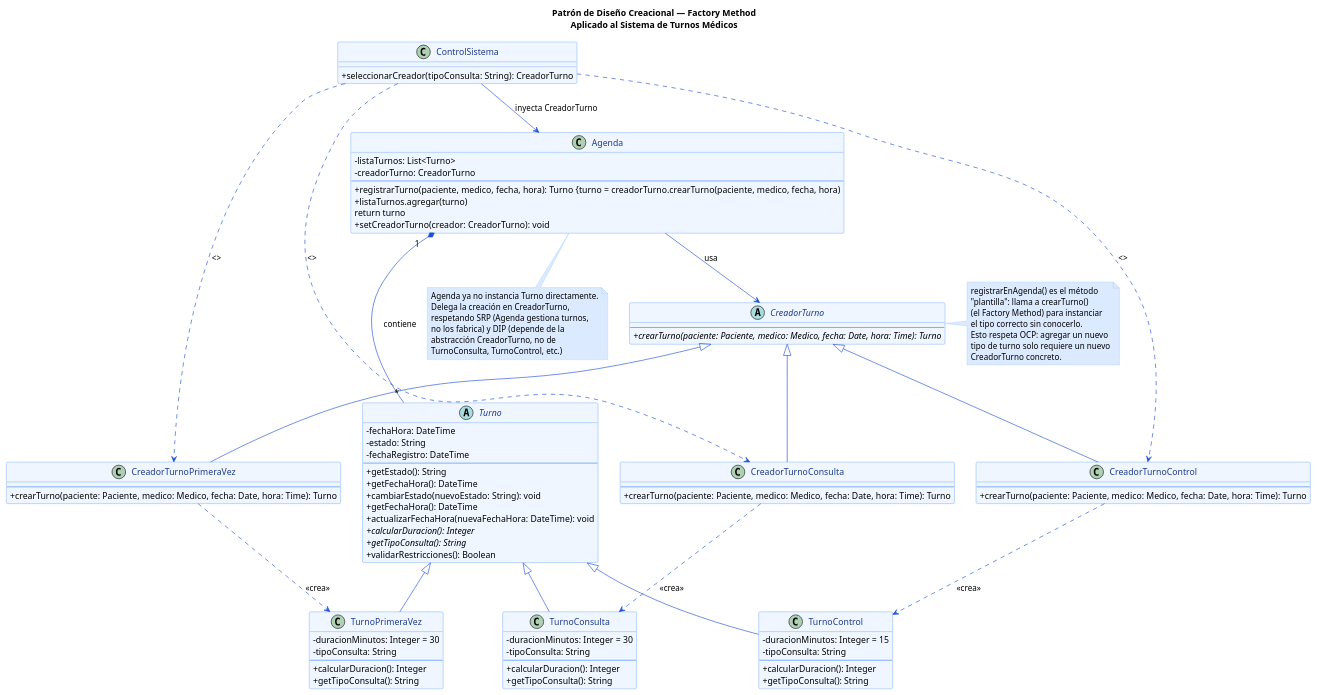
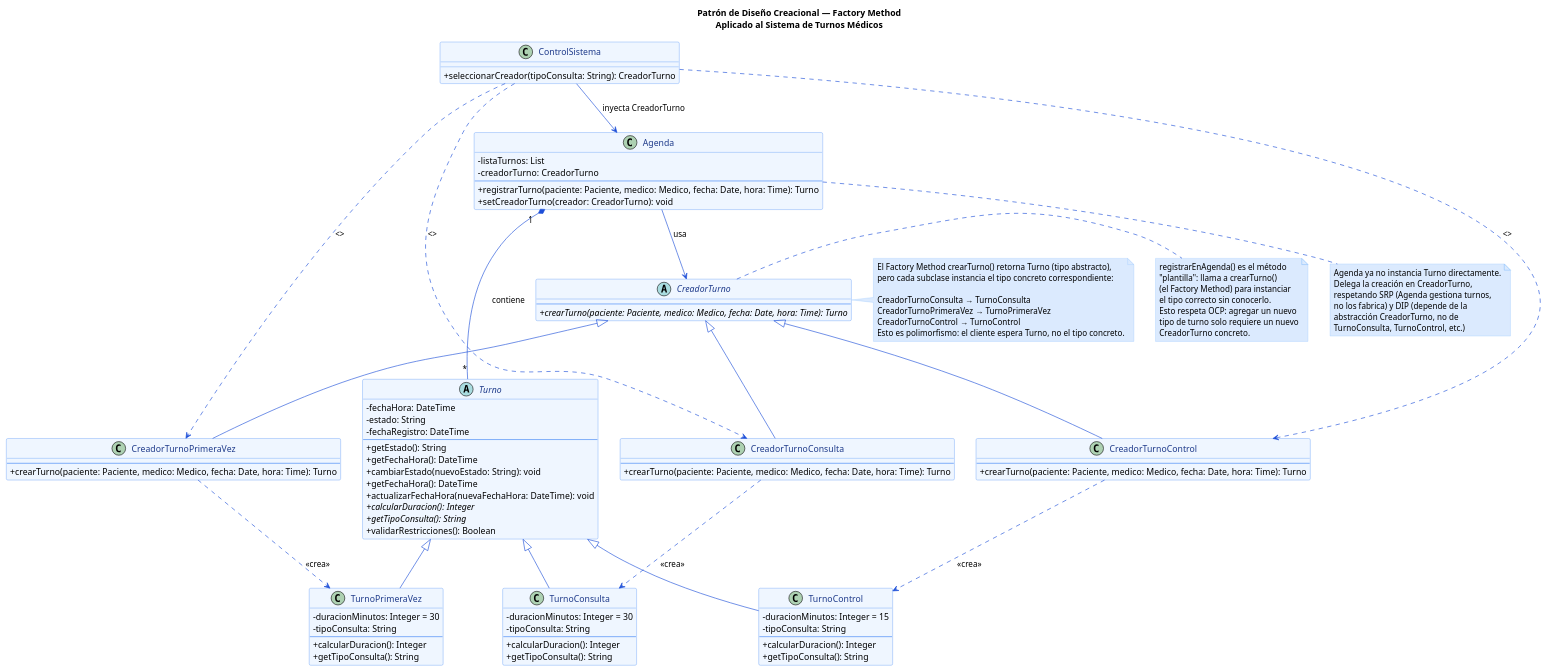
Before and after one commit to angelgc9107-lgtm/SistemaTurnosMedicos_GP6: the diagram in diagramas/01-diagrama-clases/01-patron-creacional-factory-method.puml, drawn with PlantUML. The commit also changed 2 other files, not shown here.

```diff
--- a/diagramas/01-diagrama-clases/01-patron-creacional-factory-method.puml
+++ b/diagramas/01-diagrama-clases/01-patron-creacional-factory-method.puml
@@ -1,148 +1,156 @@
 @startuml 01-patron-creacional-factory-method
 
 skinparam backgroundColor #FFFFFF
 skinparam classAttributeIconSize 0
 skinparam class {
     BackgroundColor #EFF6FF
     BorderColor #3B82F6
     ArrowColor #1D4ED8
     FontColor #1E3A8A
 }
 skinparam note {
     BackgroundColor #DBEAFE
     BorderColor #93C5FD
 }
 
 title Patrón de Diseño Creacional — Factory Method\nAplicado al Sistema de Turnos Médicos
 
 ' ================================================================
 ' PRODUCTO ABSTRACTO
 ' ================================================================
 abstract class Turno {
     - fechaHora: DateTime
     - estado: String
     - fechaRegistro: DateTime
     --
     + getEstado(): String
     + getFechaHora(): DateTime
     + cambiarEstado(nuevoEstado: String): void
     + getFechaHora(): DateTime
     + actualizarFechaHora(nuevaFechaHora: DateTime): void
     + {abstract} calcularDuracion(): Integer
     + {abstract} getTipoConsulta(): String
     + validarRestricciones(): Boolean
 }
 
 ' ================================================================
 ' PRODUCTOS CONCRETOS
 ' ================================================================
 class TurnoConsulta {
     - duracionMinutos: Integer = 30
     - tipoConsulta: String
     --
     + calcularDuracion(): Integer
     + getTipoConsulta(): String
 }
 
 class TurnoPrimeraVez {
     - duracionMinutos: Integer = 30
     - tipoConsulta: String
     --
     + calcularDuracion(): Integer
     + getTipoConsulta(): String
 }
 
 class TurnoControl {
     - duracionMinutos: Integer = 15
     - tipoConsulta: String
     --
     + calcularDuracion(): Integer
     + getTipoConsulta(): String
 }
 
 ' ================================================================
 ' CREADOR ABSTRACTO
 ' ================================================================
 abstract class CreadorTurno {
     --
     + {abstract} crearTurno(paciente: Paciente, medico: Medico, fecha: Date, hora: Time): Turno
 }
 
+note right of CreadorTurno
+El Factory Method crearTurno() retorna Turno (tipo abstracto),
+pero cada subclase instancia el tipo concreto correspondiente:
+
+CreadorTurnoConsulta → TurnoConsulta
+CreadorTurnoPrimeraVez → TurnoPrimeraVez
+CreadorTurnoControl → TurnoControl
+Esto es polimorfismo: el cliente espera Turno, no el tipo concreto.
+end note
+
 class ControlSistema {
 + seleccionarCreador(tipoConsulta: String): CreadorTurno
 }
 
 note right of CreadorTurno
   registrarEnAgenda() es el método
   "plantilla": llama a crearTurno()
   (el Factory Method) para instanciar
   el tipo correcto sin conocerlo.
   Esto respeta OCP: agregar un nuevo
   tipo de turno solo requiere un nuevo
   CreadorTurno concreto.
 end note
 
 ' ================================================================
 ' CREADORES CONCRETOS
 ' ================================================================
 class CreadorTurnoConsulta {
     --
     + crearTurno(paciente: Paciente, medico: Medico, fecha: Date, hora: Time): Turno
 }
 
 class CreadorTurnoPrimeraVez {
     --
     + crearTurno(paciente: Paciente, medico: Medico, fecha: Date, hora: Time): Turno
 }
 
 class CreadorTurnoControl {
     --
     + crearTurno(paciente: Paciente, medico: Medico, fecha: Date, hora: Time): Turno
 }
 
 ' ================================================================
 ' CONTEXTO: AGENDA usa el creador
 ' ================================================================
 class Agenda {
-    - listaTurnos: List<Turno>
-    - creadorTurno: CreadorTurno
-    --
-    + registrarTurno(paciente, medico, fecha, hora): Turno {turno = creadorTurno.crearTurno(paciente, medico, fecha, hora)
-    + listaTurnos.agregar(turno)
-    return turno
-    + setCreadorTurno(creador: CreadorTurno): void
+- listaTurnos: List
+- creadorTurno: CreadorTurno
+--
++ registrarTurno(paciente: Paciente, medico: Medico, fecha: Date, hora: Time): Turno
++ setCreadorTurno(creador: CreadorTurno): void
 }
 
 note bottom of Agenda
   Agenda ya no instancia Turno directamente.
   Delega la creación en CreadorTurno,
   respetando SRP (Agenda gestiona turnos,
   no los fabrica) y DIP (depende de la
   abstracción CreadorTurno, no de
   TurnoConsulta, TurnoControl, etc.)
 end note
 
 ' ================================================================
 ' RELACIONES
 ' ================================================================
 Turno <|-- TurnoConsulta
 Turno <|-- TurnoPrimeraVez
 Turno <|-- TurnoControl
 
 CreadorTurno <|-- CreadorTurnoConsulta
 CreadorTurno <|-- CreadorTurnoPrimeraVez
 CreadorTurno <|-- CreadorTurnoControl
 
 CreadorTurnoConsulta ..> TurnoConsulta : <<crea>>
 CreadorTurnoPrimeraVez ..> TurnoPrimeraVez : <<crea>>
 CreadorTurnoControl ..> TurnoControl : <<crea>>
 
 Agenda --> CreadorTurno : usa
 Agenda "1" *-- "*" Turno : contiene
 
 ControlSistema --> Agenda : inyecta CreadorTurno
 ControlSistema ..> CreadorTurnoConsulta : <>
 ControlSistema ..> CreadorTurnoPrimeraVez : <>
 ControlSistema ..> CreadorTurnoControl : <>
 
 @enduml
```
